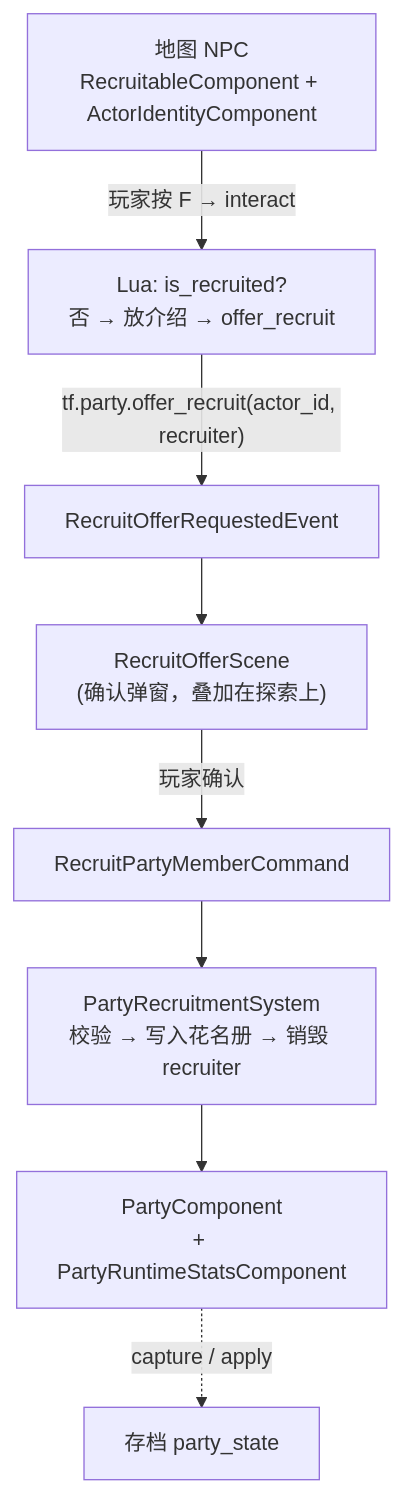
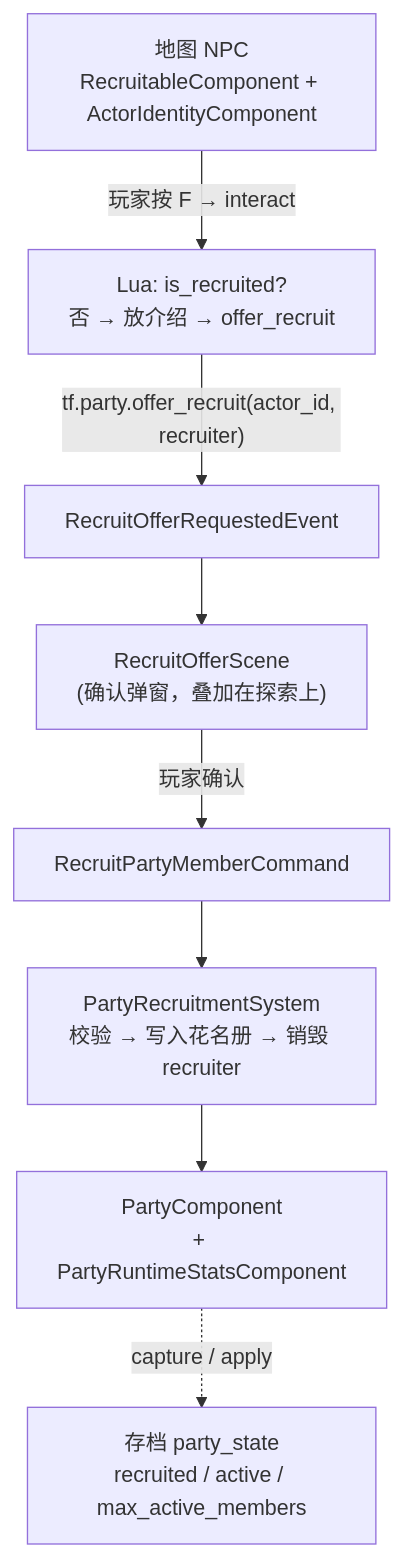
The first of 6 diagrams in lecture_plans/lectures/12-队伍与招募.md (WispSnow/TinyFarmRPG), drawn with Mermaid before and after one commit. The commit also changed other lines of this file and 18 other files, not shown here.

````diff
--- a/lecture_plans/lectures/12-队伍与招募.md
+++ b/lecture_plans/lectures/12-队伍与招募.md
@@ -60,10 +60,10 @@
 ```mermaid
 flowchart TD
     NPC["地图 NPC<br/>RecruitableComponent + ActorIdentityComponent"] -->|"玩家按 F → interact"| LUA["Lua: is_recruited?<br/>否 → 放介绍 → offer_recruit"]
     LUA -->|"tf.party.offer_recruit(actor_id, recruiter)"| EVT["RecruitOfferRequestedEvent"]
     EVT --> SCENE["RecruitOfferScene<br/>(确认弹窗，叠加在探索上)"]
     SCENE -->|"玩家确认"| CMD["RecruitPartyMemberCommand"]
     CMD --> SYS["PartyRecruitmentSystem<br/>校验 → 写入花名册 → 销毁 recruiter"]
     SYS --> PARTY["PartyComponent<br/>+ PartyRuntimeStatsComponent"]
-    PARTY -.->|"capture / apply"| SAVE["存档 party_state"]
+    PARTY -.->|"capture / apply"| SAVE["存档 party_state<br/>recruited / active / max_active_members"]
 ```
````
